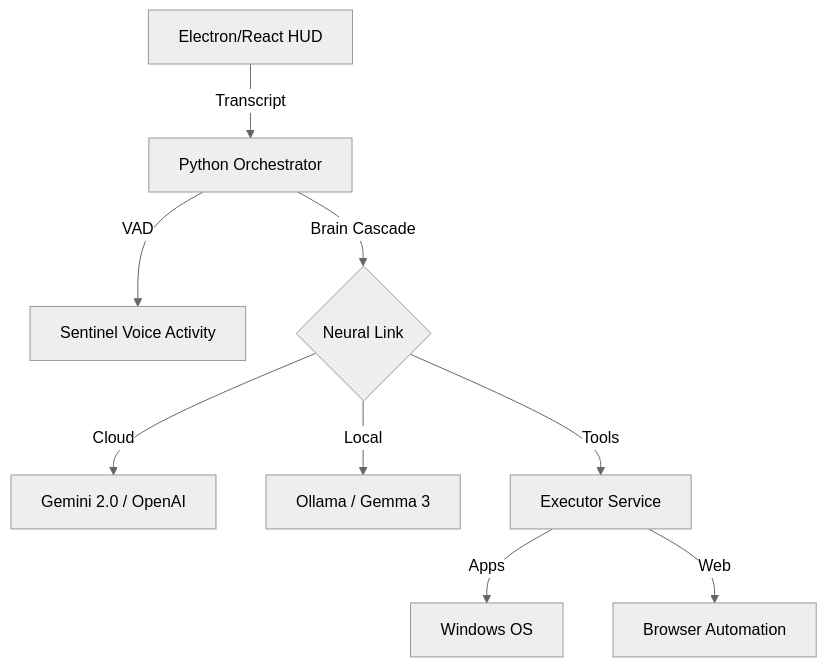
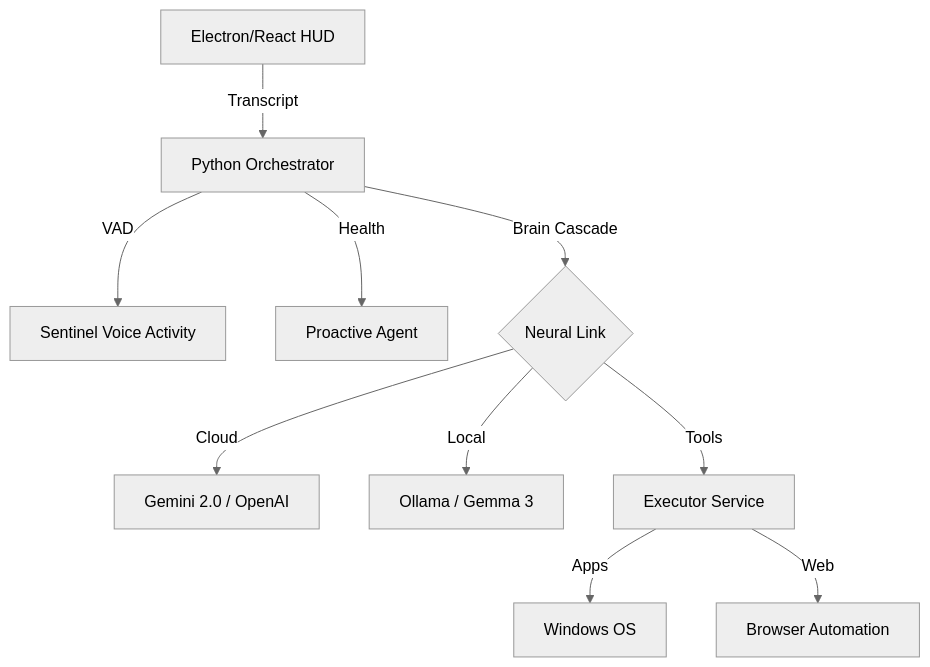
Before and after one commit to gamerboy74/Yuki-Assistant: the diagram in README.md, drawn with Mermaid (neutral theme). The commit also changed other lines of this file, not shown here.

Commit message:
docs: update README with Kokoro-82M, Neural Economy, and Proactive Agent details

````diff
--- a/README.md
+++ b/README.md
@@ -105,11 +108,12 @@
 ```mermaid
 graph TD
     UI[Electron/React HUD] -->|Transcript| ORC[Python Orchestrator]
     ORC -->|VAD| MIC[Sentinel Voice Activity]
+    ORC -->|Health| PRO[Proactive Agent]
     ORC -->|Brain Cascade| LINK{Neural Link}
     LINK -->|Cloud| GEM[Gemini 2.0 / OpenAI]
     LINK -->|Local| OLL[Ollama / Gemma 3]
     LINK -->|Tools| EX[Executor Service]
     EX -->|Apps| WIN[Windows OS]
     EX -->|Web| BRO[Browser Automation]
 ```
````
